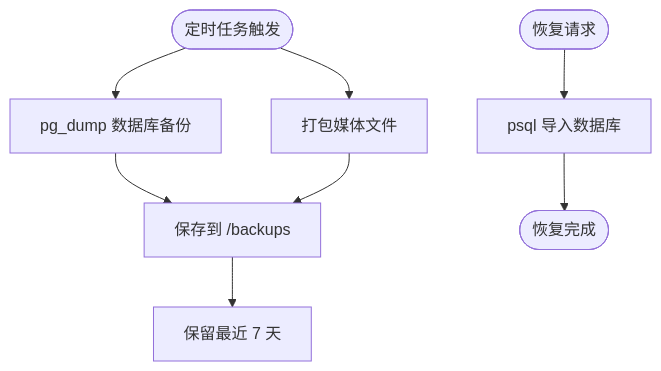
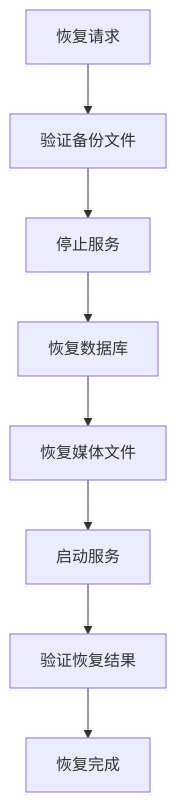
Before and after one commit to Will0253/zczk: the fifth of 7 diagrams in .qoder/repowiki/zh/content/部署和运维/监控运维/监控运维.md, drawn with Mermaid. The commit also changed other lines of this file and 13 other files, not shown here.

````diff
--- a/.qoder/repowiki/zh/content/部署和运维/监控运维/监控运维.md
+++ b/.qoder/repowiki/zh/content/部署和运维/监控运维/监控运维.md
@@ -206,10 +321,10 @@
 ```mermaid
 flowchart TD
-S(["定时任务触发"]) --> DBB["pg_dump 数据库备份"]
-S --> MEDIAB["打包媒体文件"]
-DBB --> SAVE["保存到 /backups"]
-MEDIAB --> SAVE
-SAVE --> RETAIN["保留最近 7 天"]
-R(["恢复请求"]) --> RESTORE["psql 导入数据库"]
-RESTORE --> DONE(["恢复完成"])
+A["恢复请求"] --> B["验证备份文件"]
+B --> C["停止服务"]
+C --> D["恢复数据库"]
+D --> E["恢复媒体文件"]
+E --> F["启动服务"]
+F --> G["验证恢复结果"]
+G --> H["恢复完成"]
 ```
````
